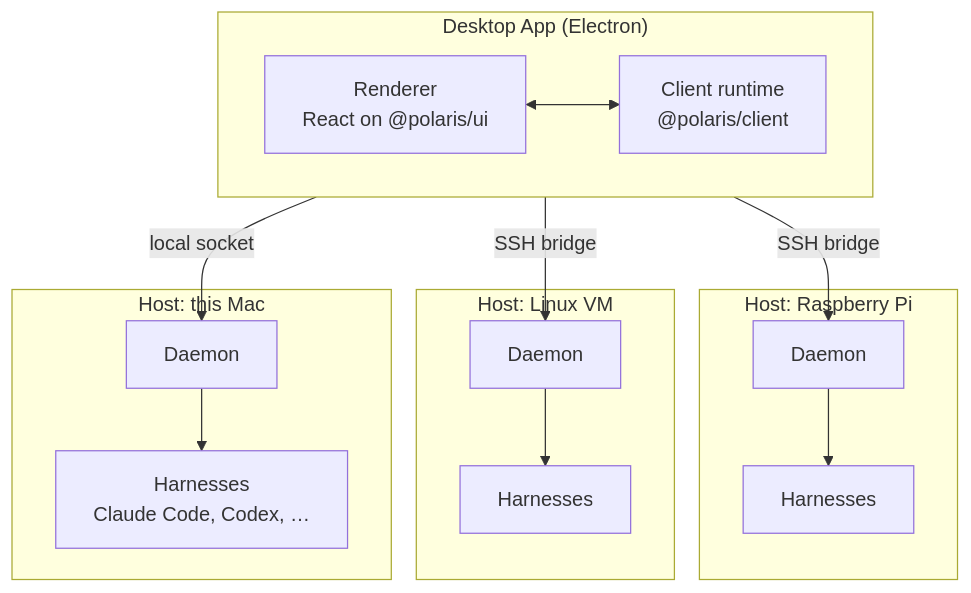
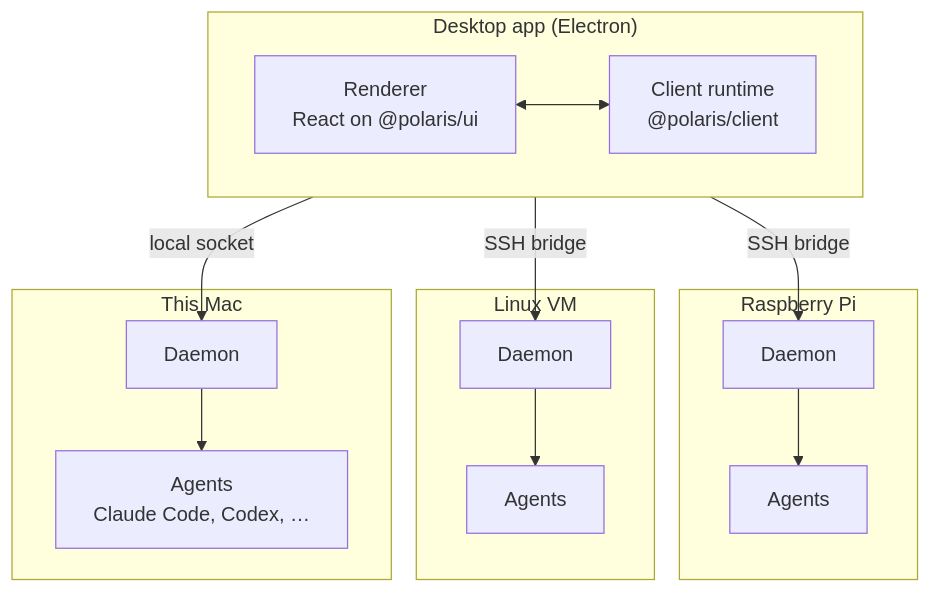
Before and after one commit to luxdotdev/polaris: the diagram in README.md, drawn with Mermaid. The commit also changed other lines of this file and 3 other files, not shown here.

````diff
--- a/README.md
+++ b/README.md
@@ -80,21 +80,21 @@
 ```mermaid
 flowchart TB
-  subgraph Client["Desktop App (Electron)"]
+  subgraph Client["Desktop app (Electron)"]
     direction LR
     UI["Renderer<br/>React on @polaris/ui"] <--> RT["Client runtime<br/>@polaris/client"]
   end
 
-  subgraph H3["Host: Raspberry Pi"]
-    D3["Daemon"] --> A3["Harnesses"]
+  subgraph H3["Raspberry Pi"]
+    D3["Daemon"] --> A3["Agents"]
   end
-  subgraph H2["Host: Linux VM"]
-    D2["Daemon"] --> A2["Harnesses"]
+  subgraph H2["Linux VM"]
+    D2["Daemon"] --> A2["Agents"]
   end
-  subgraph H1["Host: this Mac"]
-    D1["Daemon"] --> A1["Harnesses<br/>Claude Code, Codex, …"]
+  subgraph H1["This Mac"]
+    D1["Daemon"] --> A1["Agents<br/>Claude Code, Codex, …"]
   end
 
   RT -- "local socket" --> D1
   RT -- "SSH bridge" --> D2
   RT -- "SSH bridge" --> D3
 ```
````
